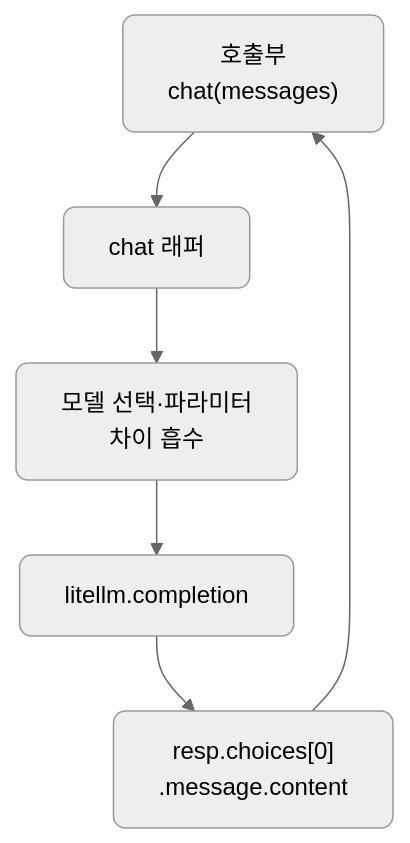
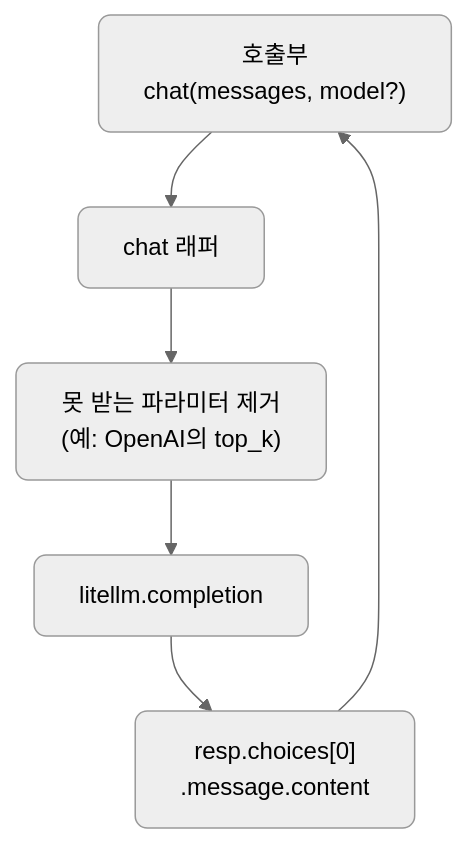
One commit to CodeCompose7/ai_service_engineering changed the third of 5 diagrams in docs/section1/lec06/README.md. Above: the diagram before and after it, drawn with Mermaid (neutral theme). The commit also changed other lines of this file and 2 other files, not shown here.

````diff
--- a/docs/section1/lec06/README.md
+++ b/docs/section1/lec06/README.md
@@ -123,9 +114,9 @@
 ```mermaid
 flowchart TD
-  Caller["호출부<br/>chat(messages)"] --> Wrap["chat 래퍼"]
-  Wrap --> Norm["모델 선택·파라미터<br/>차이 흡수"]
+  Caller["호출부<br/>chat(messages, model?)"] --> Wrap["chat 래퍼"]
+  Wrap --> Norm["못 받는 파라미터 제거<br/>(예: OpenAI의 top_k)"]
   Norm --> LL["litellm.completion"]
   LL --> Body["resp.choices[0]<br/>.message.content"]
   Body --> Caller
   classDef default rx:8,ry:8;
 ```
````
